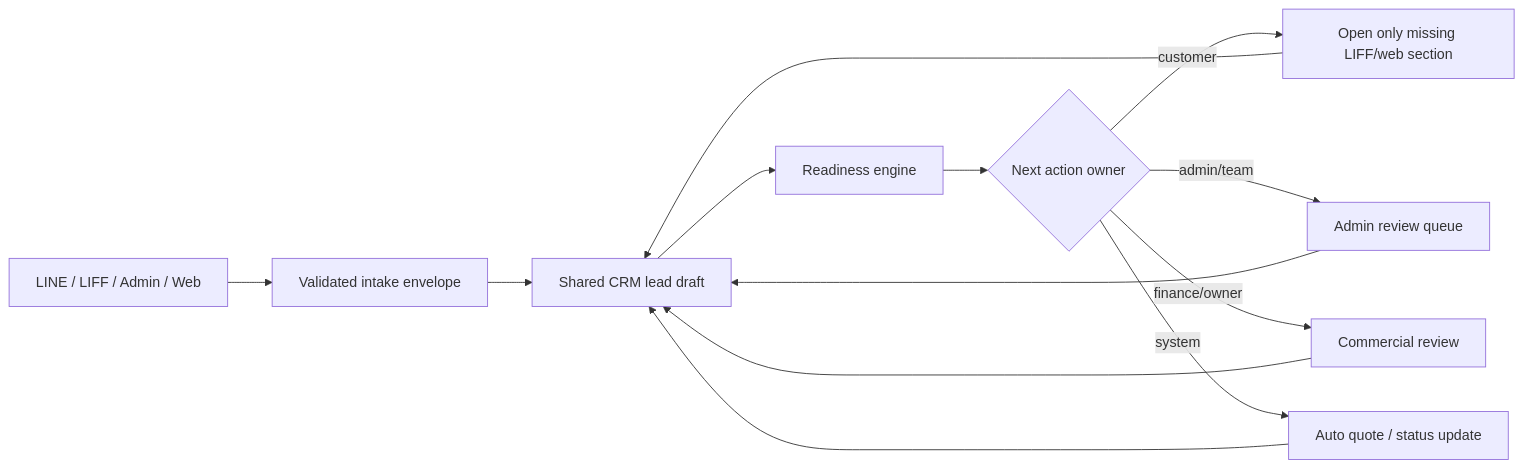
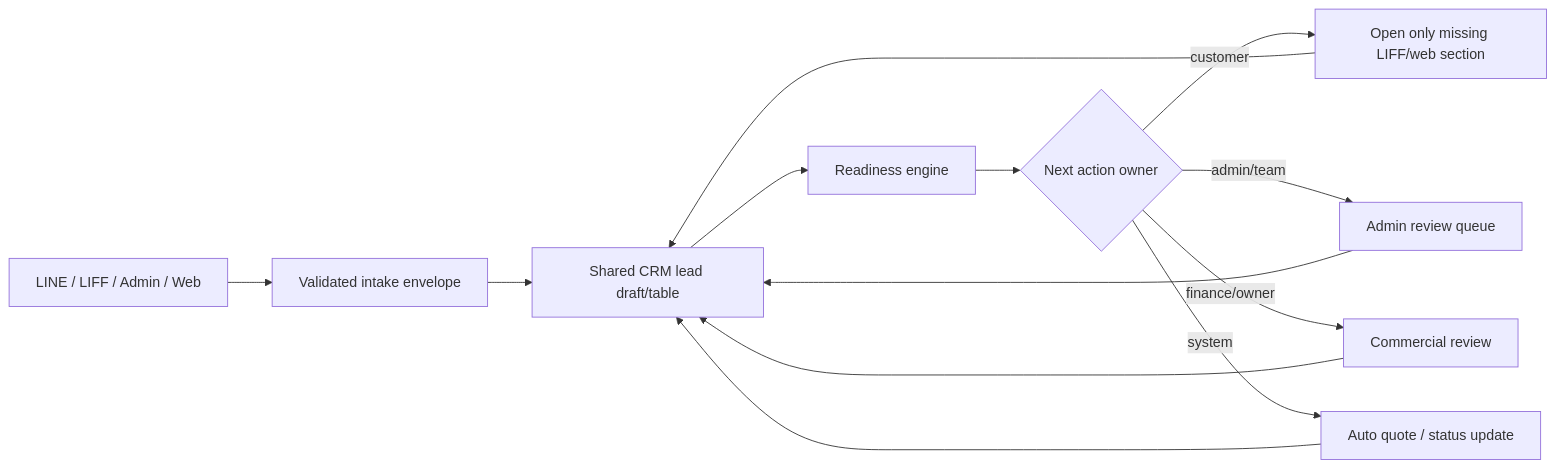
The second of 2 diagrams in docs/FOGUS_REALITY_ANALYSIS_MAP_V1.md (akkpol/craft-run-app), drawn with Mermaid before and after one commit. The commit also changed other lines of this file, not shown here.

Commit message:
docs(#33): define CRM table manual intake

````diff
--- a/docs/FOGUS_REALITY_ANALYSIS_MAP_V1.md
+++ b/docs/FOGUS_REALITY_ANALYSIS_MAP_V1.md
@@ -405,15 +405,15 @@
 ```mermaid
 flowchart LR
 	A[LINE / LIFF / Admin / Web] --> B[Validated intake envelope]
-	B --> C[Shared CRM lead draft]
+	B --> C[Shared CRM lead draft/table]
 	C --> D[Readiness engine]
 	D --> E{Next action owner}
 	E -->|customer| F[Open only missing LIFF/web section]
 	E -->|admin/team| G[Admin review queue]
 	E -->|finance/owner| H[Commercial review]
 	E -->|system| I[Auto quote / status update]
 	F --> C
 	G --> C
 	H --> C
 	I --> C
 ```
````
